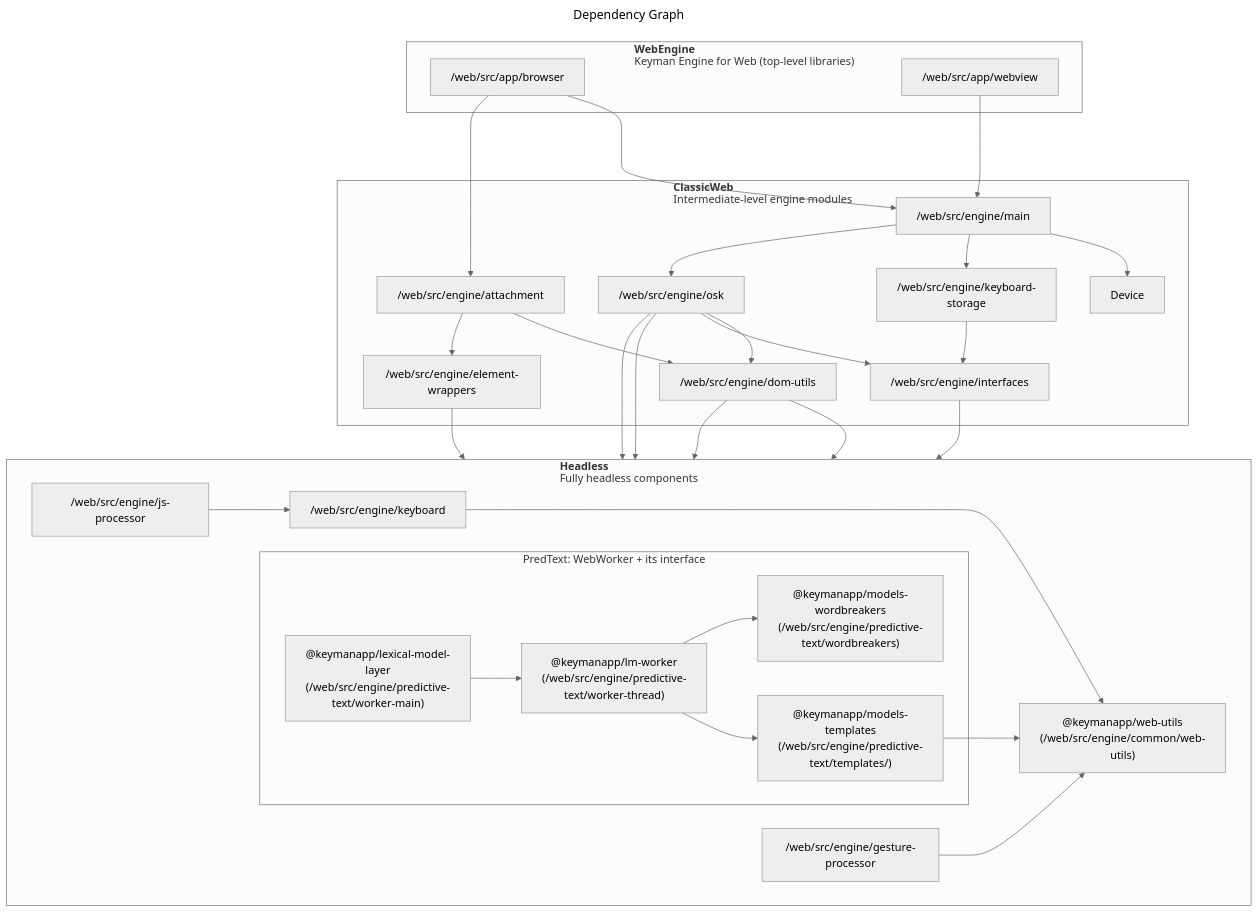
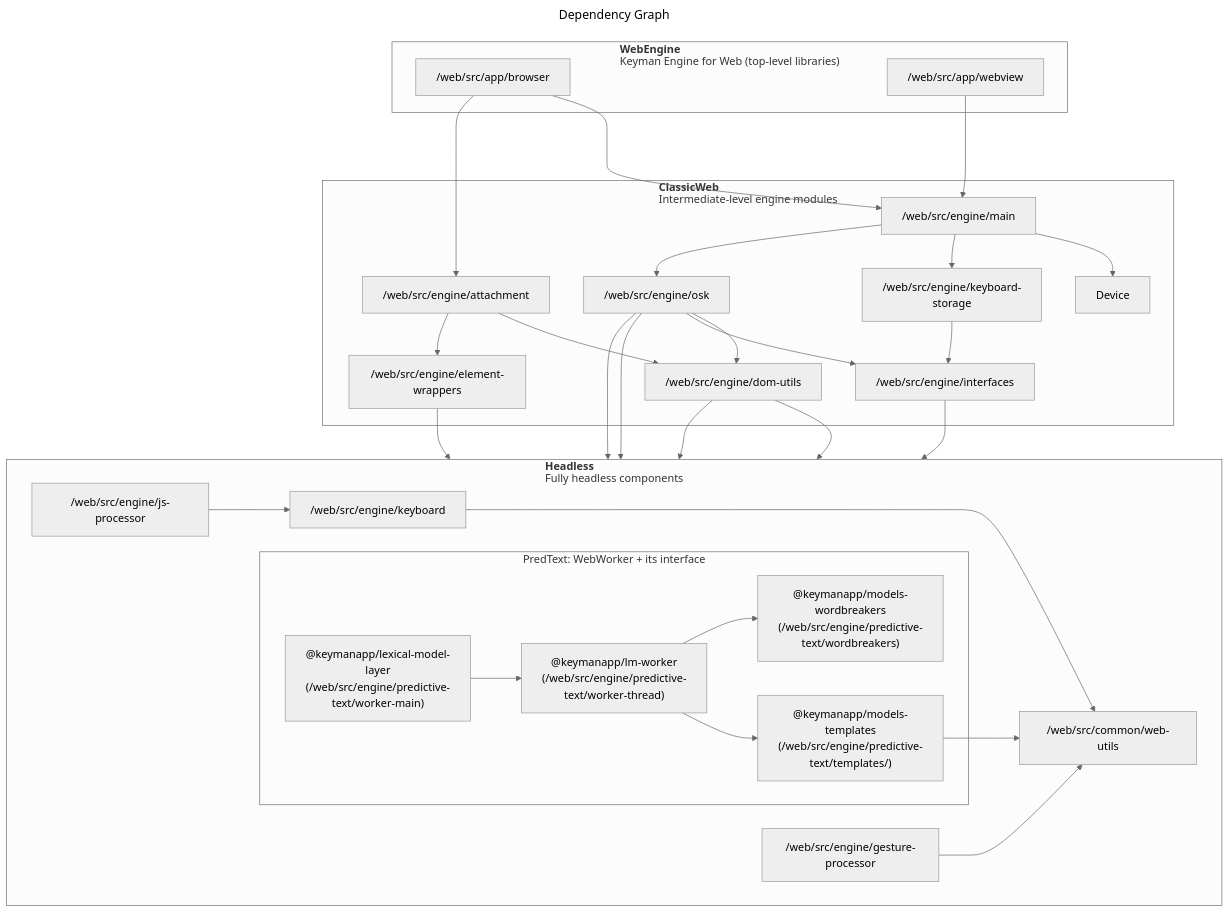
One commit to keymanapp/keyman changed the diagram in web/README.md. Above: the diagram before and after it, drawn with Mermaid (neutral theme). The commit also changed 138 other files, not shown here.

First line of the commit message:
refactor(web): change @keymanapp/web-utils to keyman/common/web-utils

````diff
--- a/web/README.md
+++ b/web/README.md
@@ -77,75 +77,75 @@
 ```mermaid
 ---
 title: Dependency Graph
 ---
 %% For rendering, use e.g. https://mermaid.live
 %%{init: {"flowchart": {"htmlLabels": false}} }%%
 graph TD;
     OSK["/web/src/engine/osk"];
     KeyboardSpec["/web/src/engine/keyboard"];
     JSProc["/web/src/engine/js-processor"];
     OSK-->KeyboardSpec;
-    WebUtils["@keymanapp/web-utils<br>(/web/src/engine/common/web-utils)"];
+    WebUtils["/web/src/common/web-utils"];
     KeyboardSpec---->WebUtils;
     Wordbreakers["@keymanapp/models-wordbreakers<br>(/web/src/engine/predictive-text/wordbreakers)"];
     Models["@keymanapp/models-templates<br>(/web/src/engine/predictive-text/templates/)"];
     Models-->WebUtils;
     LMWorker["@keymanapp/lm-worker<br>(/web/src/engine/predictive-text/worker-thread)"];
     LMWorker-->Models;
     LMWorker-->Wordbreakers;
     LMLayer["@keymanapp/lexical-model-layer<br>(/web/src/engine/predictive-text/worker-main)"];
     LMLayer-->LMWorker;
     Gestures["/web/src/engine/gesture-processor"];
     Gestures-->WebUtils;
 
     subgraph PredText["PredText: WebWorker + its interface"]
         LMLayer;
         LMWorker;
         Models;
         Wordbreakers;
     end
 
     subgraph Headless["`**Headless**
     Fully headless components`"]
         direction LR
         KeyboardSpec;
         JSProc-->KeyboardSpec;
         WebUtils;
         PredText;
         Gestures;
     end
 
     subgraph ClassicWeb["`**ClassicWeb**
     Intermediate-level engine modules`"]
         Elements["/web/src/engine/element-wrappers"];
         Elements-->JSProc;
         KeyboardStorage["/web/src/engine/keyboard-storage"];
         KeyboardStorage-->Interfaces;
         DomUtils["/web/src/engine/dom-utils"];
         DomUtils-->WebUtils;
         DomUtils-->KeyboardSpec;
         OSK-->DomUtils;
         OSK-->Gestures;
         Interfaces["/web/src/engine/interfaces"];
         Interfaces-->KeyboardSpec;
         OSK-->Interfaces;
         CommonEngine["/web/src/engine/main"];
         CommonEngine-->Device;
         CommonEngine-->KeyboardStorage;
         CommonEngine-->OSK;
         Attachment["/web/src/engine/attachment"];
         Attachment-->DomUtils;
         Attachment-->Elements;
     end
 
     subgraph WebEngine["`**WebEngine**
     Keyman Engine for Web (top-level libraries)`"]
         Browser["/web/src/app/browser"];
         WebView["/web/src/app/webview"];
 
         WebView--->CommonEngine;
 
         Browser--->CommonEngine;
         Browser-->Attachment;
     end
 ```
````
